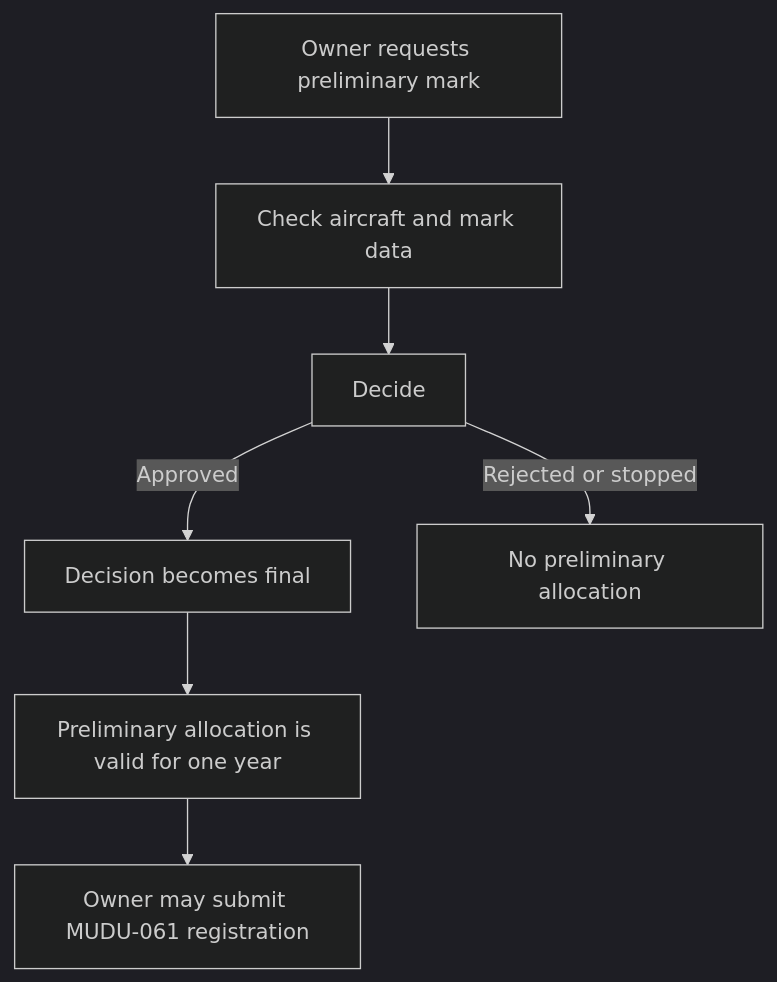
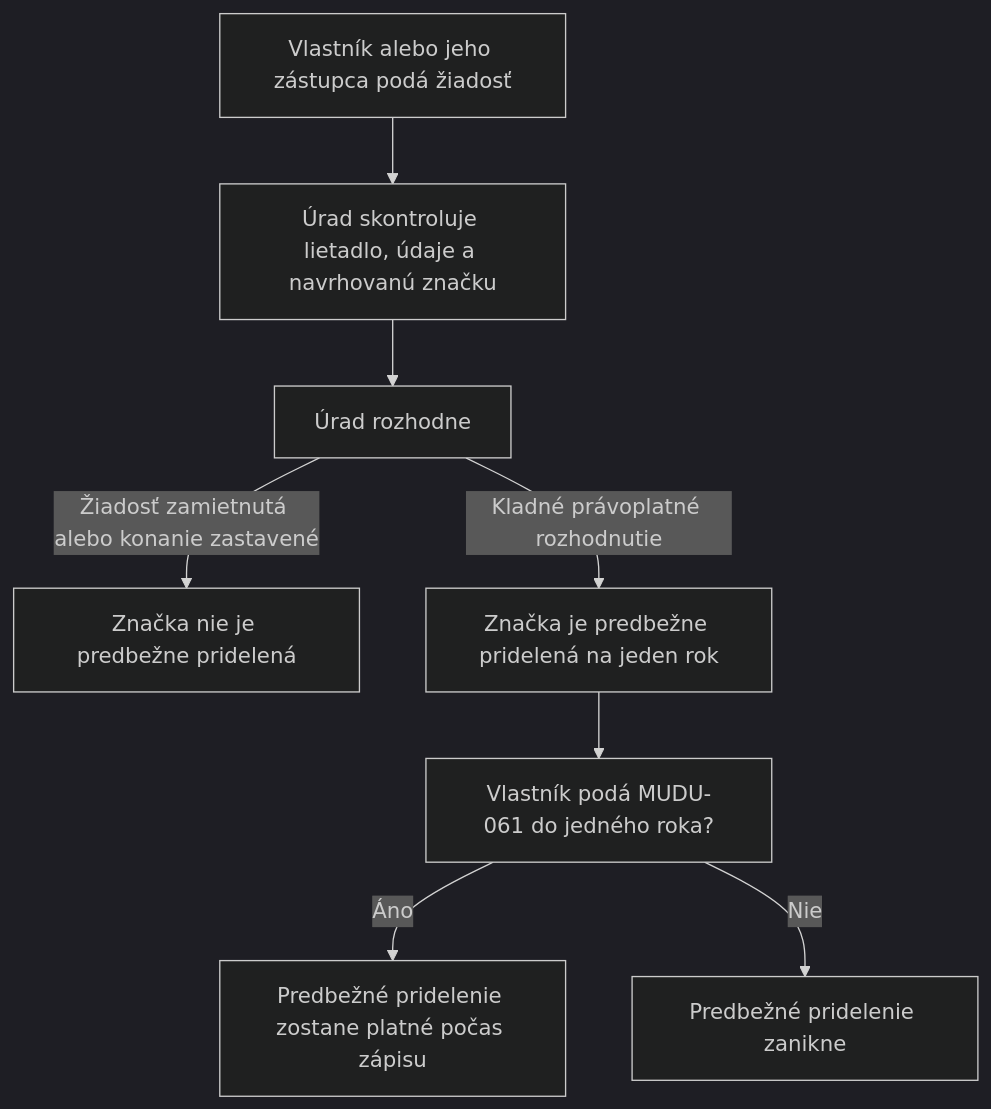
One commit to fixerivan/mudu-process-definition-standard changed the diagram in examples/MUDU-060/graph.md. Above: the diagram before and after it, drawn with Mermaid (dark theme). The commit also changed other lines of this file and 10 other files, not shown here.

````diff
--- a/examples/MUDU-060/graph.md
+++ b/examples/MUDU-060/graph.md
@@ -5,9 +8,10 @@
 ```mermaid
 graph TD
-    A["Owner requests preliminary mark"] --> B["Check aircraft and mark data"]
-    B --> C["Decide"]
-    C -->|Approved| D["Decision becomes final"]
-    D --> E["Preliminary allocation is valid for one year"]
-    E --> F["Owner may submit MUDU-061 registration"]
-    C -->|Rejected or stopped| X["No preliminary allocation"]
+    A["Vlastník alebo jeho zástupca podá žiadosť"] --> B["Úrad skontroluje lietadlo, údaje a navrhovanú značku"]
+    B --> C["Úrad rozhodne"]
+    C -->|Žiadosť zamietnutá alebo konanie zastavené| X["Značka nie je predbežne pridelená"]
+    C -->|Kladné právoplatné rozhodnutie| D["Značka je predbežne pridelená na jeden rok"]
+    D --> E["Vlastník podá MUDU-061 do jedného roka?"]
+    E -->|Áno| F["Predbežné pridelenie zostane platné počas zápisu"]
+    E -->|Nie| G["Predbežné pridelenie zanikne"]
 ```
````
